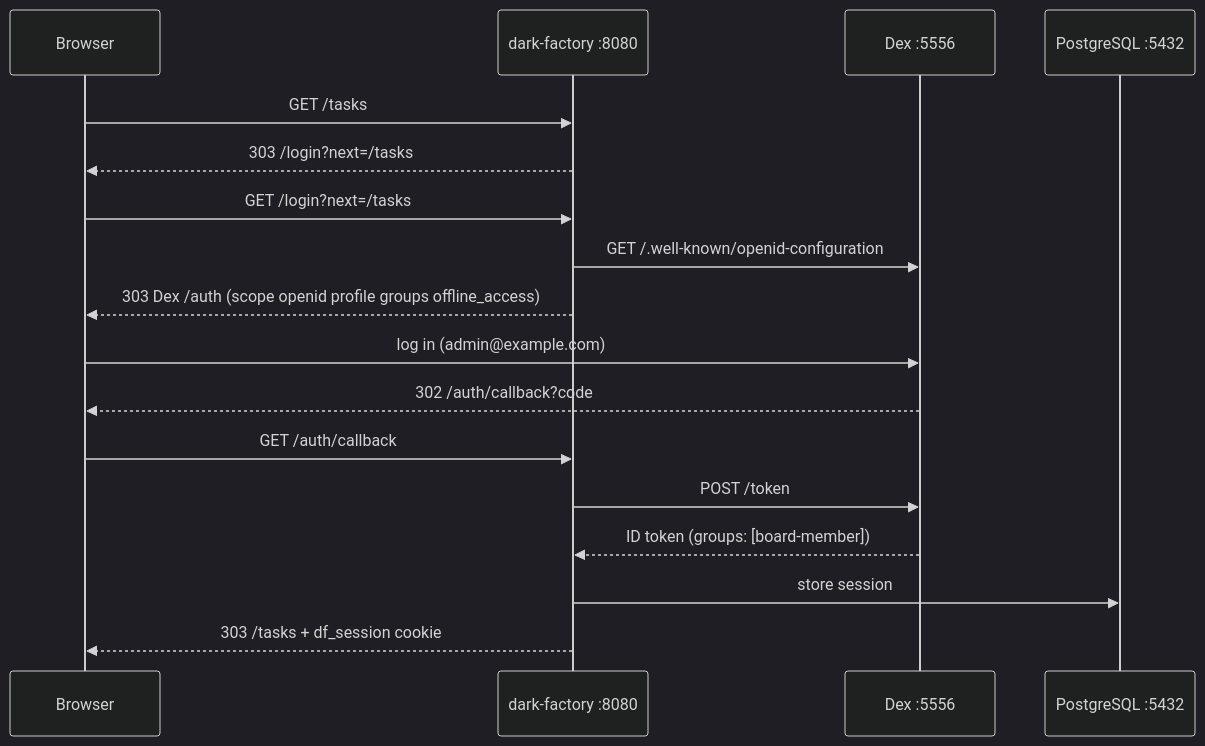
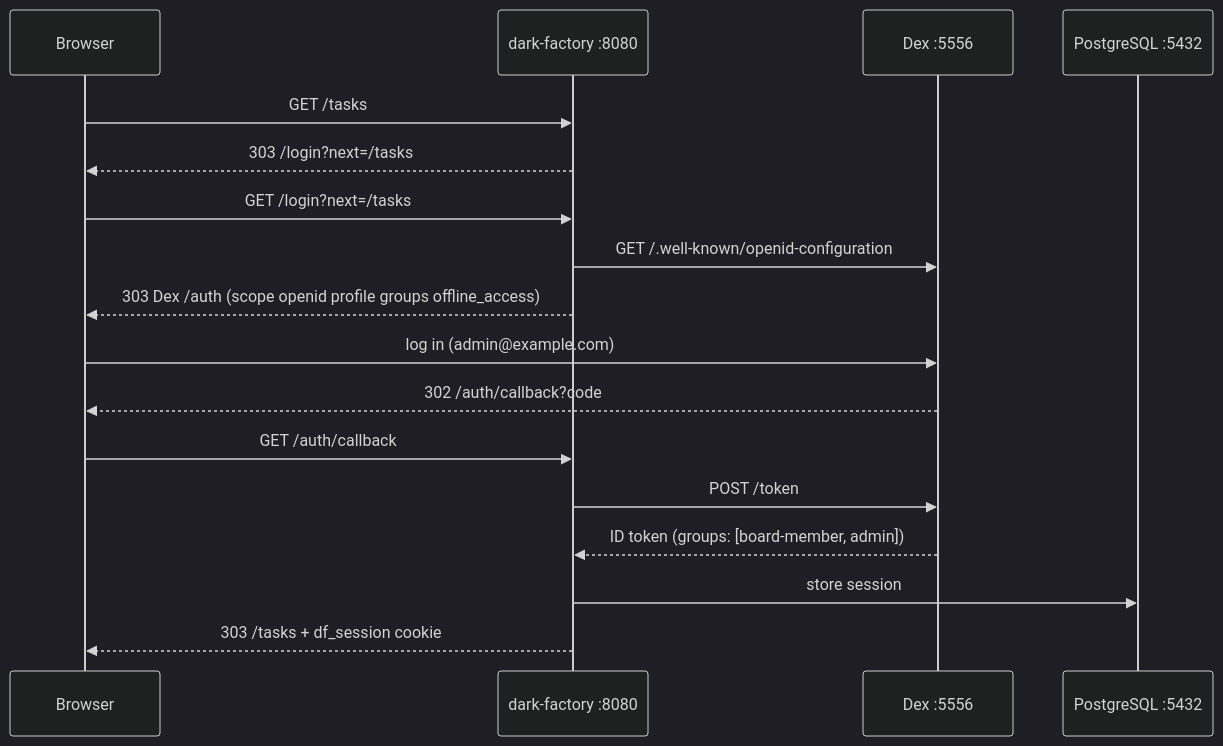
Before and after one commit to prskr/dark-factory: the first of 2 diagrams in docs/development.md, drawn with Mermaid (dark theme). The commit also changed other lines of this file and 22 other files, not shown here.

````diff
--- a/docs/development.md
+++ b/docs/development.md
@@ -163,19 +163,19 @@
 ```mermaid
 sequenceDiagram
     participant B as Browser
     participant C as dark-factory :8080
     participant D as Dex :5556
     participant P as PostgreSQL :5432
     B->>C: GET /tasks
     C-->>B: 303 /login?next=/tasks
     B->>C: GET /login?next=/tasks
     C->>D: GET /.well-known/openid-configuration
     C-->>B: 303 Dex /auth (scope openid profile groups offline_access)
     B->>D: log in (admin@example.com)
     D-->>B: 302 /auth/callback?code
     B->>C: GET /auth/callback
     C->>D: POST /token
-    D-->>C: ID token (groups: [board-member])
+    D-->>C: ID token (groups: [board-member, admin])
     C->>P: store session
     C-->>B: 303 /tasks + df_session cookie
 ```
````
